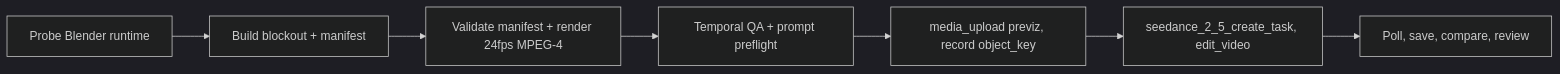
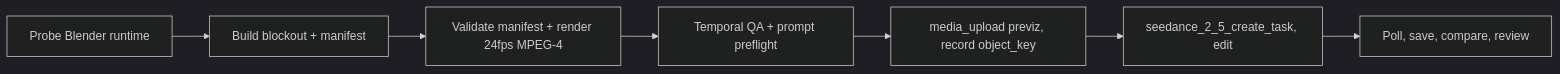
One commit to byteplus-sa/ark-director changed the diagram in .agents/skills/blender-to-seedance/SKILL.md. Above: the diagram before and after it, drawn with Mermaid (dark theme). The commit also changed other lines of this file and 215 other files, not shown here.

````diff
--- a/.agents/skills/blender-to-seedance/SKILL.md
+++ b/.agents/skills/blender-to-seedance/SKILL.md
@@ -39,9 +39,9 @@
 ```mermaid
 flowchart LR
   A[Probe Blender runtime] --> B[Build blockout + manifest]
   B --> C[Validate manifest + render 24fps MPEG-4]
   C --> D[Temporal QA + prompt preflight]
   D --> E[media_upload previz, record object_key]
-  E --> F[seedance_2_5_create_task, edit_video]
+  E --> F[seedance_2_5_create_task, edit]
   F --> G[Poll, save, compare, review]
 ```
````
